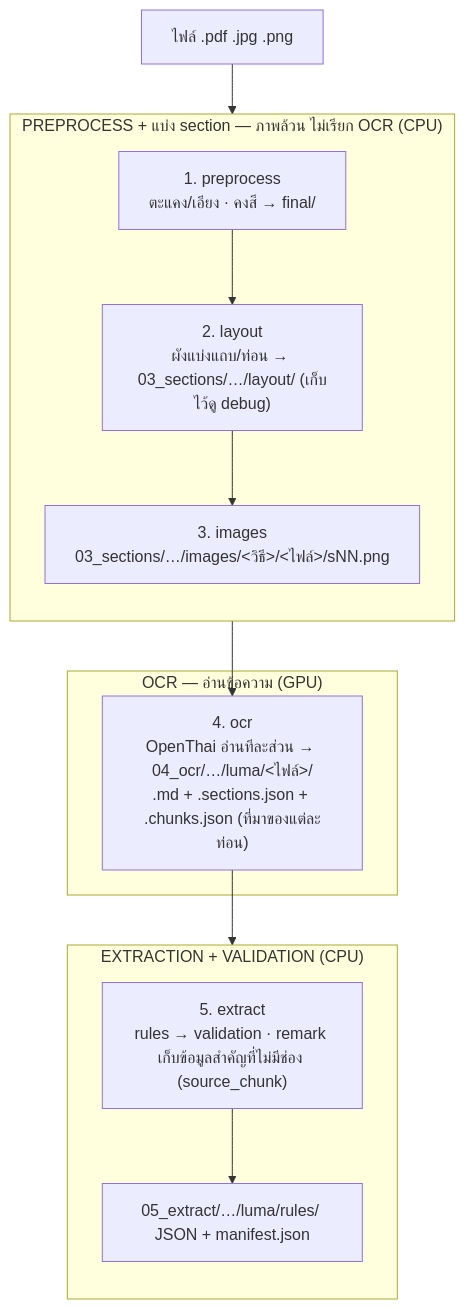
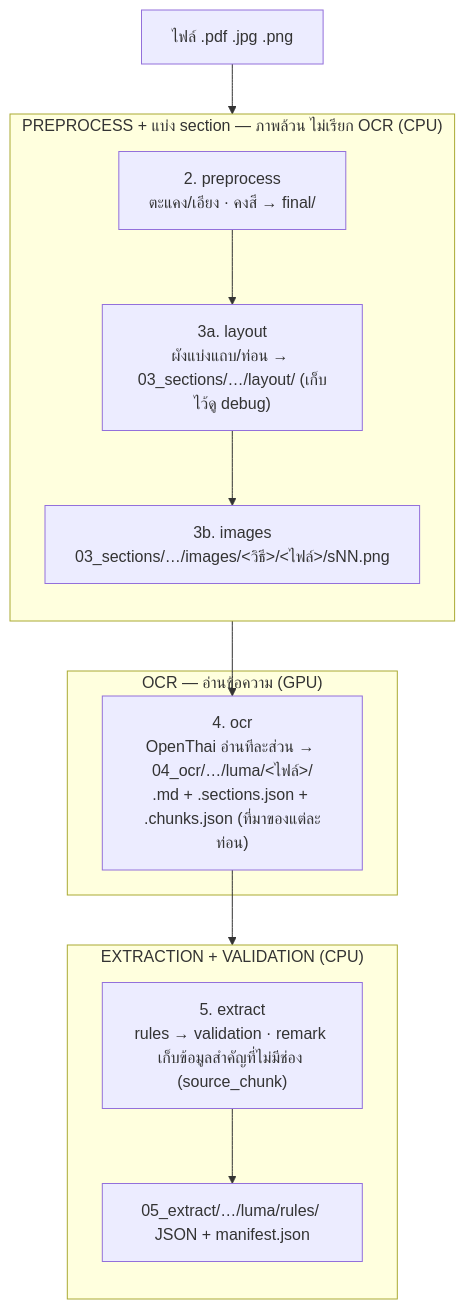
One commit to Pikcolo/fin-extractor changed the first of 2 diagrams in docs/README.md. Above: the diagram before and after it, drawn with Mermaid. The commit also changed other lines of this file and 71 other files, not shown here.

````diff
--- a/docs/README.md
+++ b/docs/README.md
@@ -26,26 +37,26 @@
 ```mermaid
 flowchart TD
     A["ไฟล์ .pdf .jpg .png"]
 
     subgraph PRE["PREPROCESS + แบ่ง section — ภาพล้วน ไม่เรียก OCR (CPU)"]
         direction TB
-        B["1. preprocess<br/>ตะแคง/เอียง · คงสี → final/"]
-        C["2. layout<br/>ผังแบ่งแถบ/ท่อน → 03_sections/…/layout/ (เก็บไว้ดู debug)"]
-        D["3. images<br/>03_sections/…/images/<วิธี>/<ไฟล์>/sNN.png"]
+        B["2. preprocess<br/>ตะแคง/เอียง · คงสี → final/"]
+        C["3a. layout<br/>ผังแบ่งแถบ/ท่อน → 03_sections/…/layout/ (เก็บไว้ดู debug)"]
+        D["3b. images<br/>03_sections/…/images/<วิธี>/<ไฟล์>/sNN.png"]
         B --> C --> D
     end
 
     subgraph OCR["OCR — อ่านข้อความ (GPU)"]
         E["4. ocr<br/>OpenThai อ่านทีละส่วน → 04_ocr/…/luma/<ไฟล์>/<br/>.md + .sections.json + .chunks.json (ที่มาของแต่ละท่อน)"]
     end
 
     subgraph EXT["EXTRACTION + VALIDATION (CPU)"]
         direction TB
         F["5. extract<br/>rules → validation · remark เก็บข้อมูลสำคัญที่ไม่มีช่อง (source_chunk)"]
         G["05_extract/…/luma/rules/ JSON + manifest.json"]
         F --> G
     end
 
     A --> B
     D --> E --> F
 ```
````
